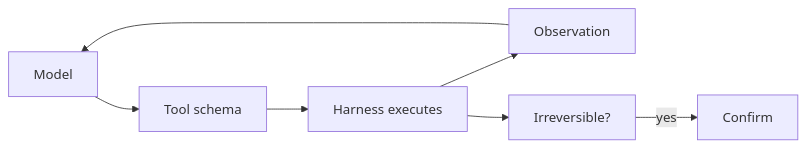
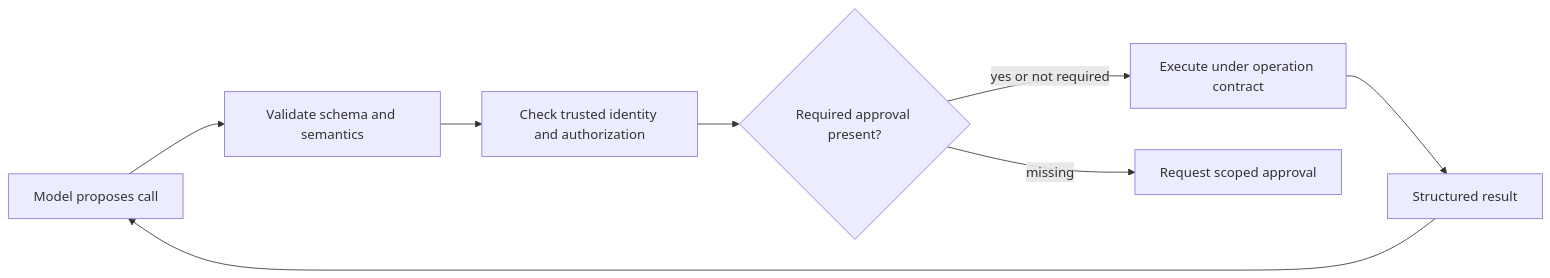
One commit to jdodsoncollins/study-material changed the diagram in lessons/ai-agents/tool-calling/viz/call.md. Above: the diagram before and after it, drawn with Mermaid. The commit also changed 175 other files, not shown here.

````diff
--- a/lessons/ai-agents/tool-calling/viz/call.md
+++ b/lessons/ai-agents/tool-calling/viz/call.md
@@ -3,9 +3,10 @@
 ```mermaid
 flowchart LR
-  model[Model] --> schema[Tool schema]
-  schema --> exec[Harness executes]
-  exec --> obs[Observation]
+  model[Model proposes call] --> schema[Validate schema and semantics]
+  schema --> auth[Check trusted identity and authorization]
+  auth --> gate{Required approval present?}
+  gate -->|yes or not required| exec[Execute under operation contract]
+  gate -->|missing| wait[Request scoped approval]
+  exec --> obs[Structured result]
   obs --> model
-  exec --> ir[Irreversible?]
-  ir -->|yes| confirm[Confirm]
 ```
````
